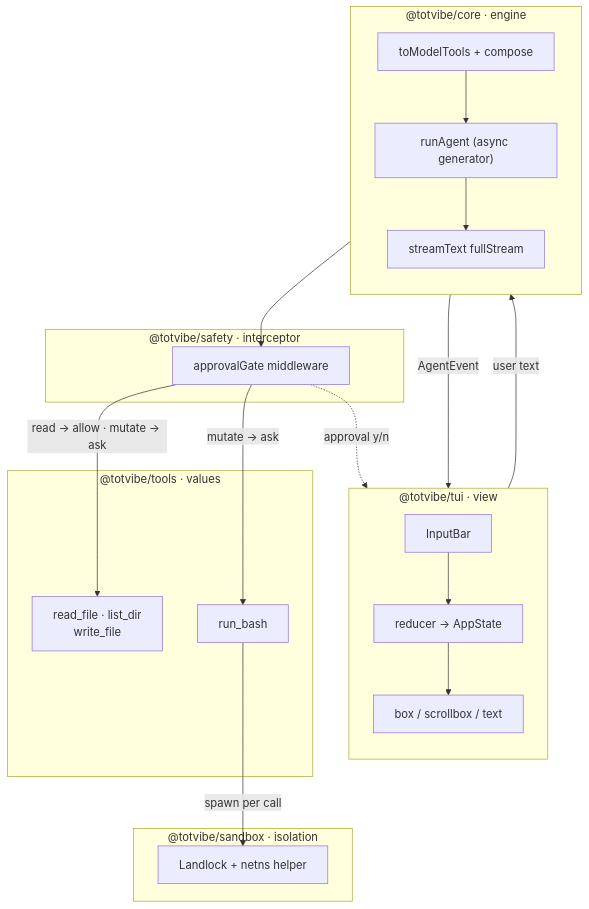
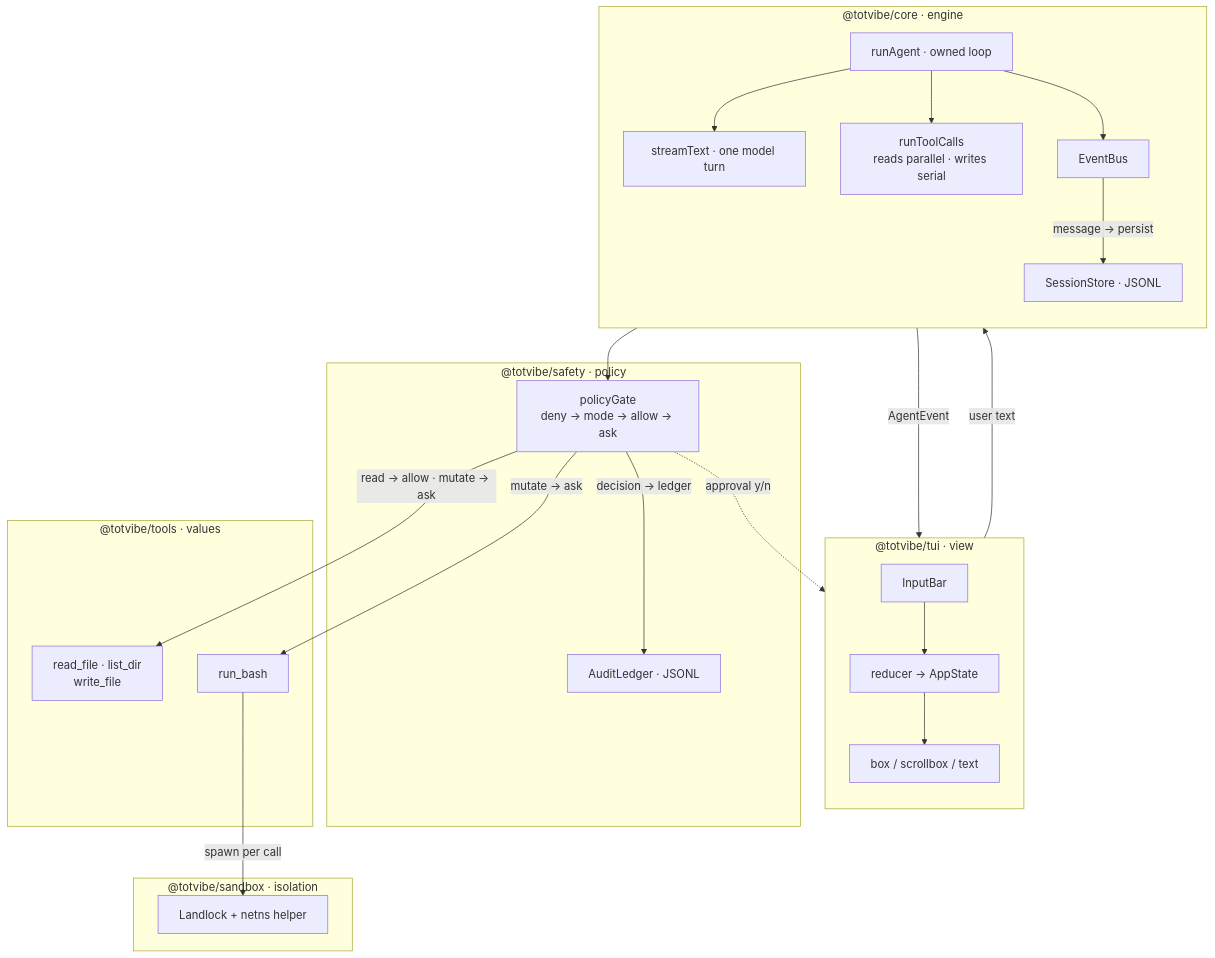
The diagram in README.md (realSergiy/totvibe-agent), drawn with Mermaid before and after one commit. The commit also changed other lines of this file and 32 other files, not shown here.

````diff
--- a/README.md
+++ b/README.md
@@ -107,36 +114,42 @@
 ```mermaid
 flowchart TD
     subgraph tui["@totvibe/tui · view"]
       direction TB
       Input["InputBar"]
       Reducer["reducer → AppState"]
       Render["box / scrollbox / text"]
       Input --> Reducer --> Render
     end
     subgraph core["@totvibe/core · engine"]
       direction TB
-      Loop["runAgent (async generator)"]
-      Stream["streamText fullStream"]
-      Registry["toModelTools + compose"]
+      Loop["runAgent · owned loop"]
+      Stream["streamText · one model turn"]
+      Dispatch["runToolCalls<br/>reads parallel · writes serial"]
+      Bus["EventBus"]
+      Store["SessionStore · JSONL"]
       Loop --> Stream
-      Registry --> Loop
+      Loop --> Dispatch
+      Loop --> Bus
+      Bus -->|"message → persist"| Store
     end
-    subgraph safety["@totvibe/safety · interceptor"]
-      Gate["approvalGate middleware"]
+    subgraph safety["@totvibe/safety · policy"]
+      Gate["policyGate<br/>deny → mode → allow → ask"]
+      Ledger["AuditLedger · JSONL"]
     end
     subgraph tools["@totvibe/tools · values"]
       Builtins["read_file · list_dir<br/>write_file"]
       Bash["run_bash"]
     end
     subgraph sandbox["@totvibe/sandbox · isolation"]
       Helper["Landlock + netns helper"]
     end
 
-    Input -->|user text| Loop
-    Stream -->|AgentEvent| Reducer
-    Registry --> Gate
-    Gate -->|read → allow · mutate → ask| Builtins
-    Gate -->|mutate → ask| Bash
-    Bash -->|spawn per call| Helper
-    Gate -.->|approval y/n| Render
+    Input -->|"user text"| Loop
+    Bus -->|"AgentEvent"| Reducer
+    Dispatch --> Gate
+    Gate -->|"read → allow · mutate → ask"| Builtins
+    Gate -->|"mutate → ask"| Bash
+    Gate -->|"decision → ledger"| Ledger
+    Bash -->|"spawn per call"| Helper
+    Gate -.->|"approval y/n"| Render
 ```
````
